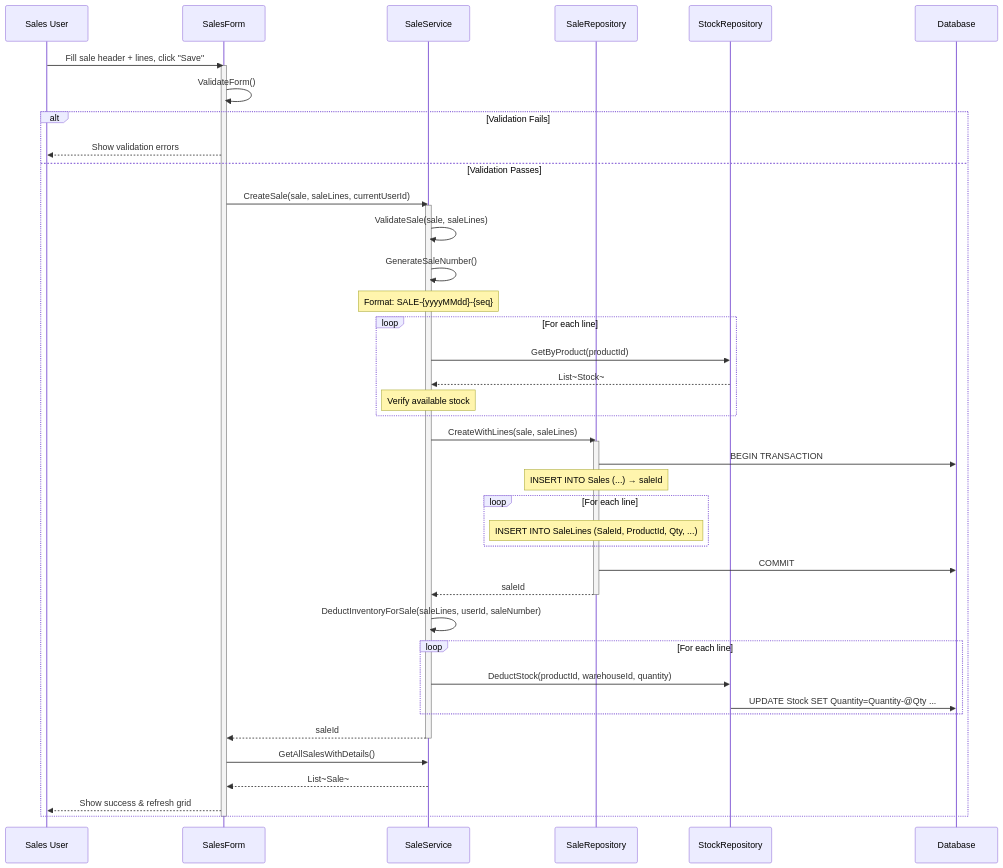
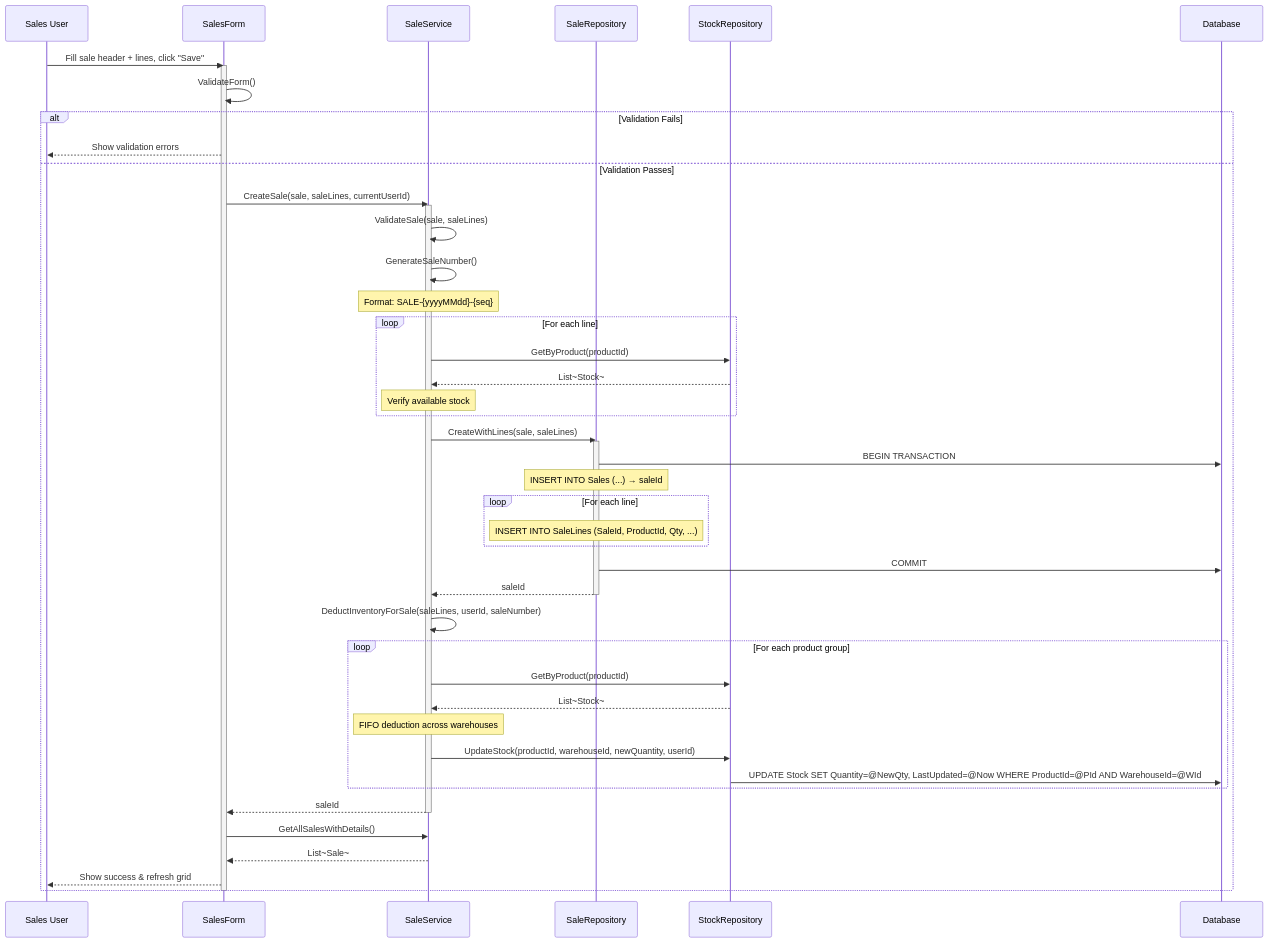
One commit to nahuk86/tp_diploma_nk_2026 changed the first of 13 diagrams in Documentation/UML_Diagrams/06_Sales_Management_Process_Sequence_Diagram.md. Above: the diagram before and after it, drawn with Mermaid. The commit also changed other lines of this file and 6 other files, not shown here.

Commit message:
Update UML diagrams 01-07 to reflect actual implementation

````diff
--- a/Documentation/UML_Diagrams/06_Sales_Management_Process_Sequence_Diagram.md
+++ b/Documentation/UML_Diagrams/06_Sales_Management_Process_Sequence_Diagram.md
@@ -9,48 +9,51 @@
 ```mermaid
 sequenceDiagram
     participant User as Sales User
     participant UI as SalesForm
     participant SaleSvc as SaleService
     participant SaleRepo as SaleRepository
     participant StockRepo as StockRepository
     participant DB as Database
 
     User->>UI: Fill sale header + lines, click "Save"
     activate UI
     UI->>UI: ValidateForm()
     alt Validation Fails
         UI-->>User: Show validation errors
     else Validation Passes
         UI->>SaleSvc: CreateSale(sale, saleLines, currentUserId)
         activate SaleSvc
         SaleSvc->>SaleSvc: ValidateSale(sale, saleLines)
         SaleSvc->>SaleSvc: GenerateSaleNumber()
         Note over SaleSvc: Format: SALE-{yyyyMMdd}-{seq}
         loop For each line
             SaleSvc->>StockRepo: GetByProduct(productId)
             StockRepo-->>SaleSvc: List~Stock~
             Note over SaleSvc: Verify available stock
         end
         SaleSvc->>SaleRepo: CreateWithLines(sale, saleLines)
         activate SaleRepo
         SaleRepo->>DB: BEGIN TRANSACTION
         Note over SaleRepo: INSERT INTO Sales (...) → saleId
         loop For each line
             Note over SaleRepo: INSERT INTO SaleLines (SaleId, ProductId, Qty, ...)
         end
         SaleRepo->>DB: COMMIT
         SaleRepo-->>SaleSvc: saleId
         deactivate SaleRepo
         SaleSvc->>SaleSvc: DeductInventoryForSale(saleLines, userId, saleNumber)
-        loop For each line
-            SaleSvc->>StockRepo: DeductStock(productId, warehouseId, quantity)
-            StockRepo->>DB: UPDATE Stock SET Quantity=Quantity-@Qty ...
+        loop For each product group
+            SaleSvc->>StockRepo: GetByProduct(productId)
+            StockRepo-->>SaleSvc: List~Stock~
+            Note over SaleSvc: FIFO deduction across warehouses
+            SaleSvc->>StockRepo: UpdateStock(productId, warehouseId, newQuantity, userId)
+            StockRepo->>DB: UPDATE Stock SET Quantity=@NewQty, LastUpdated=@Now WHERE ProductId=@PId AND WarehouseId=@WId
         end
         SaleSvc-->>UI: saleId
         deactivate SaleSvc
         UI->>SaleSvc: GetAllSalesWithDetails()
         SaleSvc-->>UI: List~Sale~
         UI-->>User: Show success & refresh grid
     end
     deactivate UI
 ```
````
